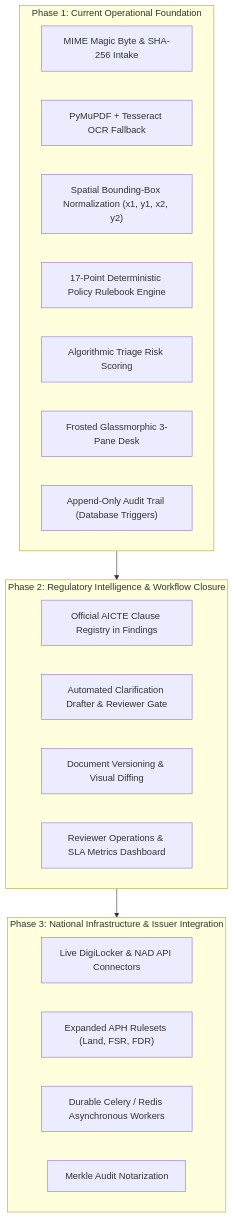
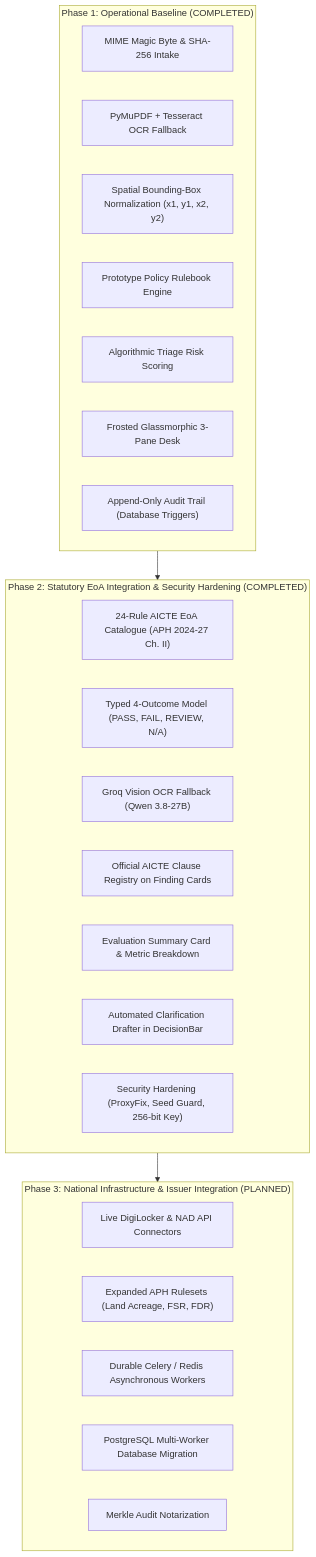
The diagram in docs/AUTOMATION_ROADMAP.md (suryakrishna17/Veriscope), drawn with Mermaid before and after one commit. The commit also changed other lines of this file and 9 other files, not shown here.

Commit message:
docs: synchronize all project markdown files with completed Steps 1-4 and live architecture

````diff
--- a/docs/AUTOMATION_ROADMAP.md
+++ b/docs/AUTOMATION_ROADMAP.md
@@ -17,28 +17,32 @@
 ```mermaid
 flowchart TD
-    subgraph Implemented["Phase 1: Current Operational Foundation"]
+    subgraph Phase1["Phase 1: Operational Baseline (COMPLETED)"]
         I1["MIME Magic Byte & SHA-256 Intake"]
         I2["PyMuPDF + Tesseract OCR Fallback"]
         I3["Spatial Bounding-Box Normalization (x1, y1, x2, y2)"]
-        I4["17-Point Deterministic Policy Rulebook Engine"]
+        I4["Prototype Policy Rulebook Engine"]
         I5["Algorithmic Triage Risk Scoring"]
         I6["Frosted Glassmorphic 3-Pane Desk"]
         I7["Append-Only Audit Trail (Database Triggers)"]
     end
 
-    subgraph Phase2["Phase 2: Regulatory Intelligence & Workflow Closure"]
-        P1["Official AICTE Clause Registry in Findings"]
-        P2["Automated Clarification Drafter & Reviewer Gate"]
-        P3["Document Versioning & Visual Diffing"]
-        P4["Reviewer Operations & SLA Metrics Dashboard"]
+    subgraph Phase2["Phase 2: Statutory EoA Integration & Security Hardening (COMPLETED)"]
+        P1["24-Rule AICTE EoA Catalogue (APH 2024-27 Ch. II)"]
+        P2["Typed 4-Outcome Model (PASS, FAIL, REVIEW, N/A)"]
+        P3["Groq Vision OCR Fallback (Qwen 3.8-27B)"]
+        P4["Official AICTE Clause Registry on Finding Cards"]
+        P5["Evaluation Summary Card & Metric Breakdown"]
+        P6["Automated Clarification Drafter in DecisionBar"]
+        P7["Security Hardening (ProxyFix, Seed Guard, 256-bit Key)"]
     end
 
-    subgraph Phase3["Phase 3: National Infrastructure & Issuer Integration"]
-        P5["Live DigiLocker & NAD API Connectors"]
-        P6["Expanded APH Rulesets (Land, FSR, FDR)"]
-        P7["Durable Celery / Redis Asynchronous Workers"]
-        P8["Merkle Audit Notarization"]
+    subgraph Phase3["Phase 3: National Infrastructure & Issuer Integration (PLANNED)"]
+        P8["Live DigiLocker & NAD API Connectors"]
+        P9["Expanded APH Rulesets (Land Acreage, FSR, FDR)"]
+        P10["Durable Celery / Redis Asynchronous Workers"]
+        P11["PostgreSQL Multi-Worker Database Migration"]
+        P12["Merkle Audit Notarization"]
     end
 
-    Implemented --> Phase2 --> Phase3
+    Phase1 --> Phase2 --> Phase3
 ```
````
